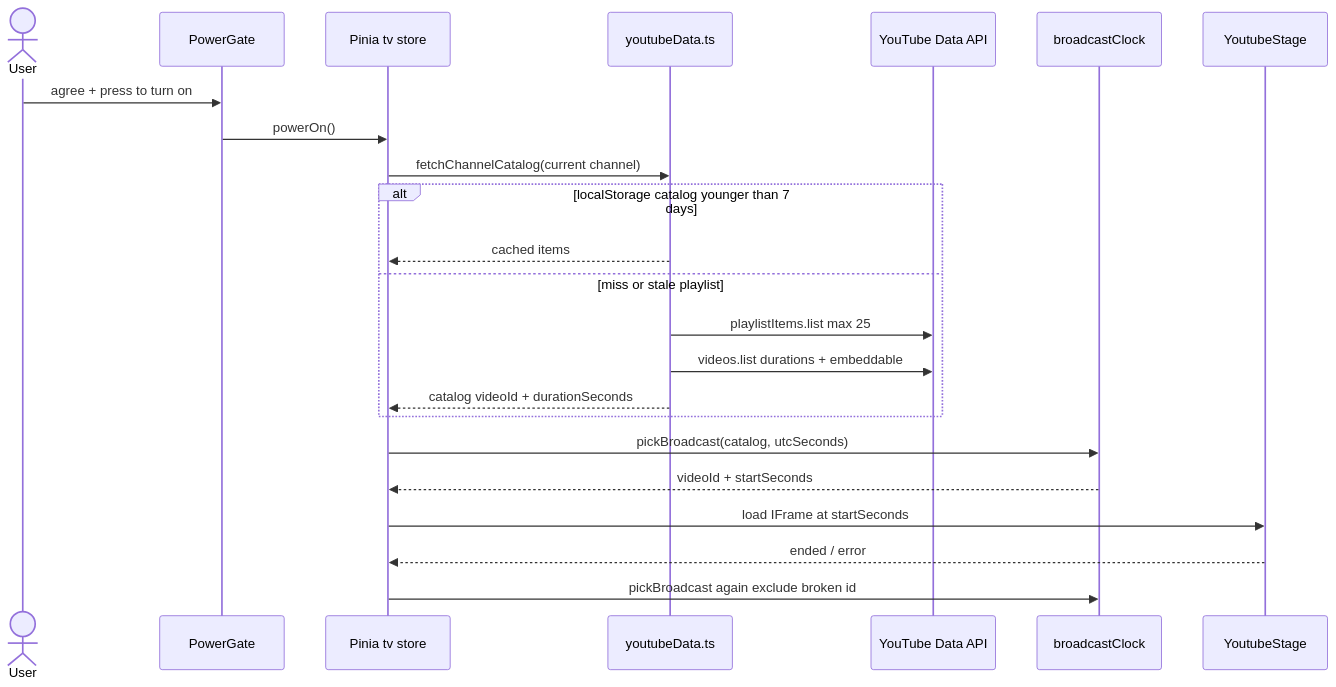
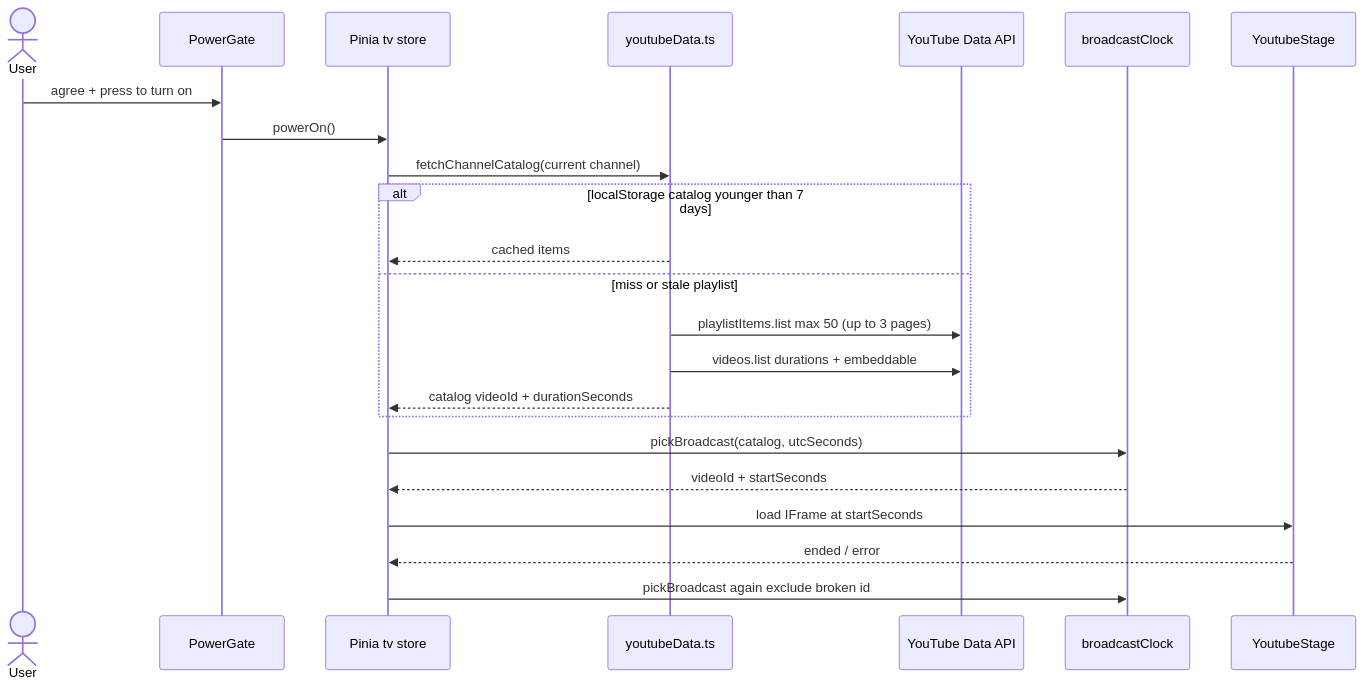
One commit to tusharv/positive-player changed the fourth of 8 diagrams in docs/architecture.md. Above: the diagram before and after it, drawn with Mermaid. The commit also changed other lines of this file and 14 other files, not shown here.

Commit message:
fix: better sequence

````diff
--- a/docs/architecture.md
+++ b/docs/architecture.md
@@ -107,26 +107,26 @@
 ```mermaid
 sequenceDiagram
   actor User
   participant Gate as PowerGate
   participant Store as Pinia tv store
   participant Data as youtubeData.ts
   participant YT as YouTube Data API
   participant Clock as broadcastClock
   participant Stage as YoutubeStage
 
   User->>Gate: agree + press to turn on
   Gate->>Store: powerOn()
   Store->>Data: fetchChannelCatalog(current channel)
   alt localStorage catalog younger than 7 days
     Data-->>Store: cached items
   else miss or stale playlist
-    Data->>YT: playlistItems.list max 25
+    Data->>YT: playlistItems.list max 50 (up to 3 pages)
     Data->>YT: videos.list durations + embeddable
     Data-->>Store: catalog videoId + durationSeconds
   end
   Store->>Clock: pickBroadcast(catalog, utcSeconds)
   Clock-->>Store: videoId + startSeconds
   Store->>Stage: load IFrame at startSeconds
   Stage-->>Store: ended / error
   Store->>Clock: pickBroadcast again exclude broken id
 ```
````
